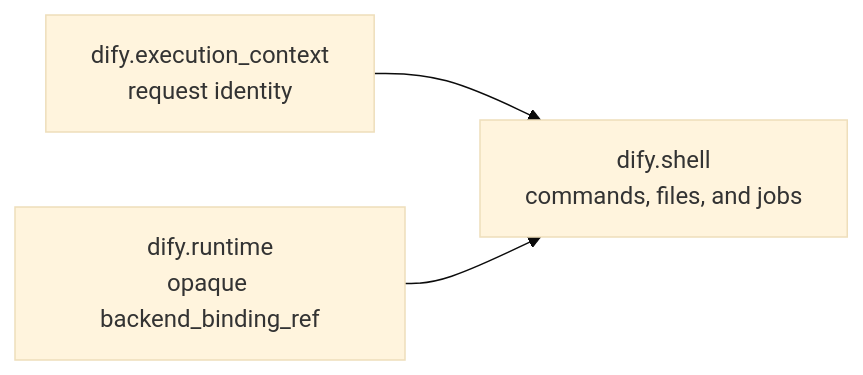
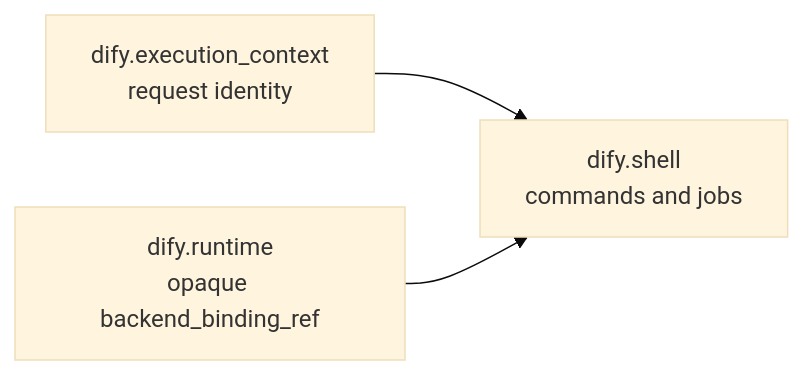
The diagram in dify-agent/docs/dify-agent/concepts/runtime-resources/index.md (langgenius/dify), drawn with Mermaid (base theme) before and after one commit. The commit also changed other lines of this file and 70 other files, not shown here.

````diff
--- a/dify-agent/docs/dify-agent/concepts/runtime-resources/index.md
+++ b/dify-agent/docs/dify-agent/concepts/runtime-resources/index.md
@@ -28,9 +28,9 @@
 ```mermaid
 flowchart LR
     EC["dify.execution_context<br/>request identity"]
     RT["dify.runtime<br/>opaque backend_binding_ref"]
-    SH["dify.shell<br/>commands, files, and jobs"]
+    SH["dify.shell<br/>commands and jobs"]
 
     EC --> SH
     RT --> SH
 ```
````
